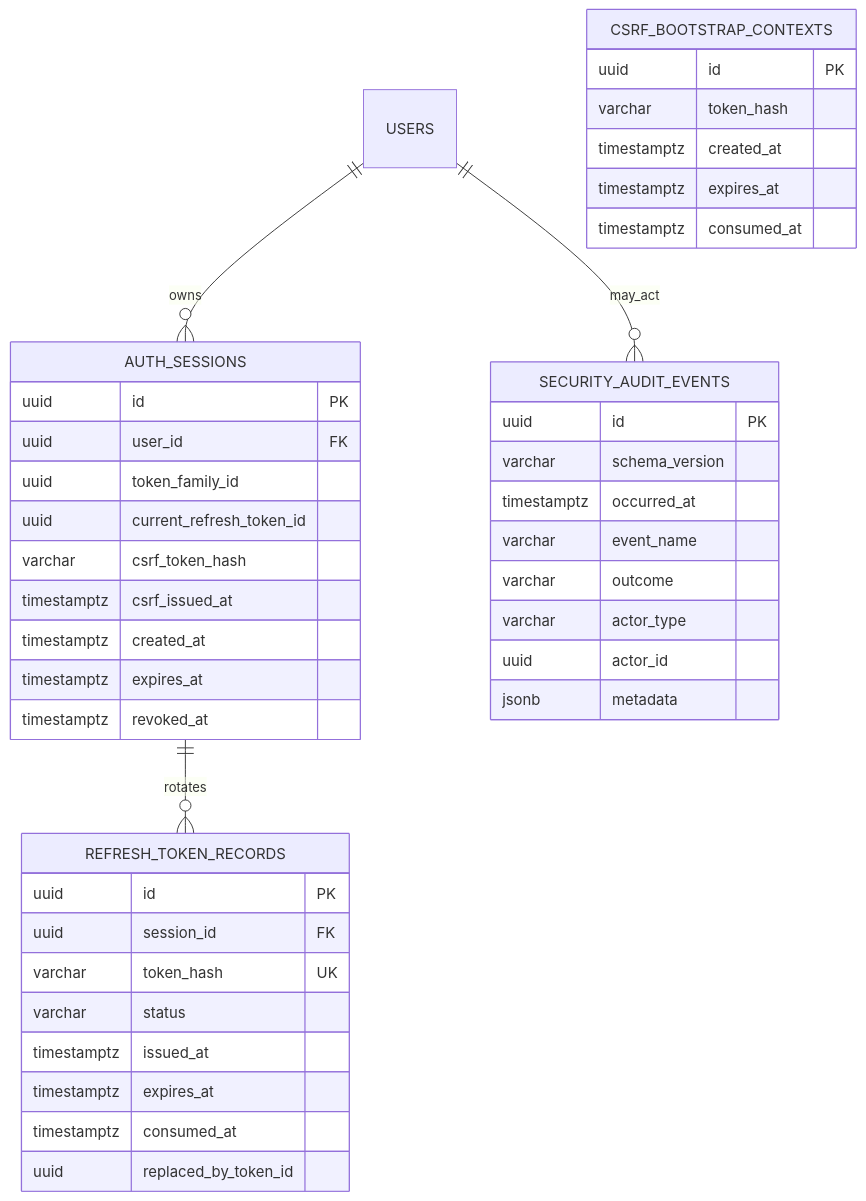
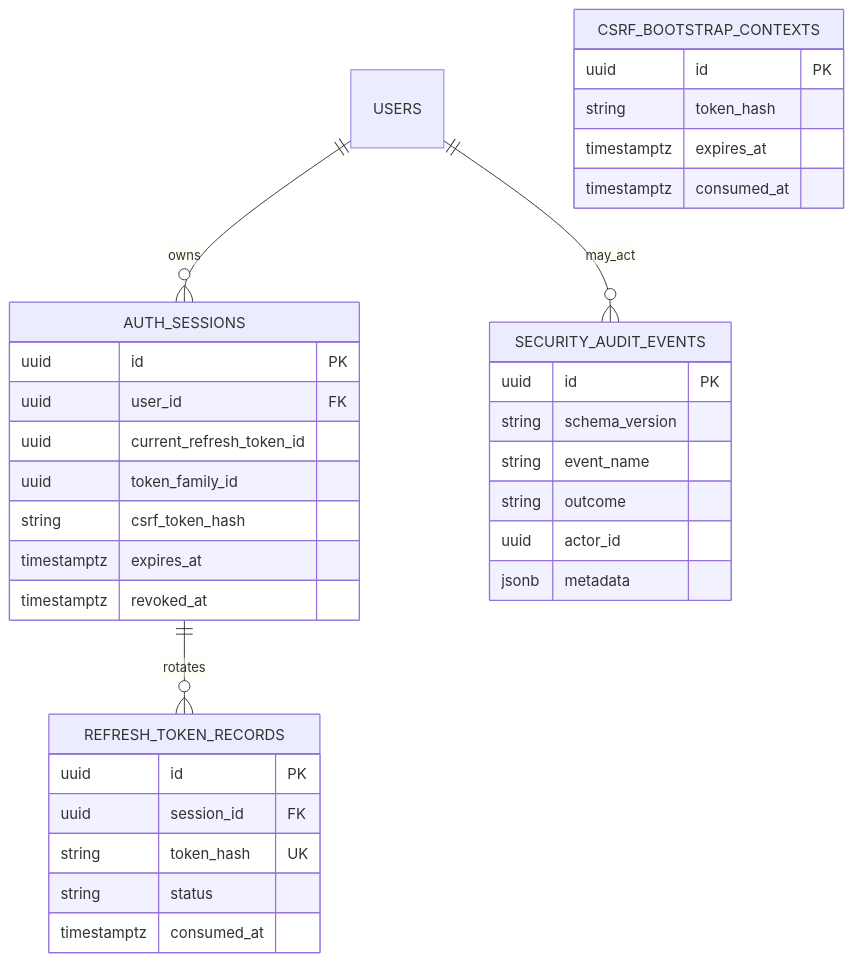
Before and after one commit to VuongDucHieu/PC-AI-Builder-Platform: the second of 3 diagrams in docs/03-system-design/04-database-design.md, drawn with Mermaid. The commit also changed other lines of this file and 3 other files, not shown here.

Commit message:
docs(security): fix csrf design structure and mermaid syntax

````diff
--- a/docs/03-system-design/04-database-design.md
+++ b/docs/03-system-design/04-database-design.md
@@ -16,44 +291,36 @@
 ```mermaid
 erDiagram
     USERS ||--o{ AUTH_SESSIONS : owns
     AUTH_SESSIONS ||--o{ REFRESH_TOKEN_RECORDS : rotates
     USERS ||--o{ SECURITY_AUDIT_EVENTS : may_act
     AUTH_SESSIONS {
         uuid id PK
         uuid user_id FK
+        uuid current_refresh_token_id
         uuid token_family_id
-        uuid current_refresh_token_id
-        varchar csrf_token_hash
-        timestamptz csrf_issued_at
-        timestamptz created_at
+        string csrf_token_hash
         timestamptz expires_at
         timestamptz revoked_at
     }
     REFRESH_TOKEN_RECORDS {
         uuid id PK
         uuid session_id FK
-        varchar token_hash UK
-        varchar status
-        timestamptz issued_at
-        timestamptz expires_at
+        string token_hash UK
+        string status
         timestamptz consumed_at
-        uuid replaced_by_token_id
     }
     CSRF_BOOTSTRAP_CONTEXTS {
         uuid id PK
-        varchar token_hash
-        timestamptz created_at
+        string token_hash
         timestamptz expires_at
         timestamptz consumed_at
     }
     SECURITY_AUDIT_EVENTS {
         uuid id PK
-        varchar schema_version
-        timestamptz occurred_at
-        varchar event_name
-        varchar outcome
-        varchar actor_type
+        string schema_version
+        string event_name
+        string outcome
         uuid actor_id
         jsonb metadata
     }
 ```
````
